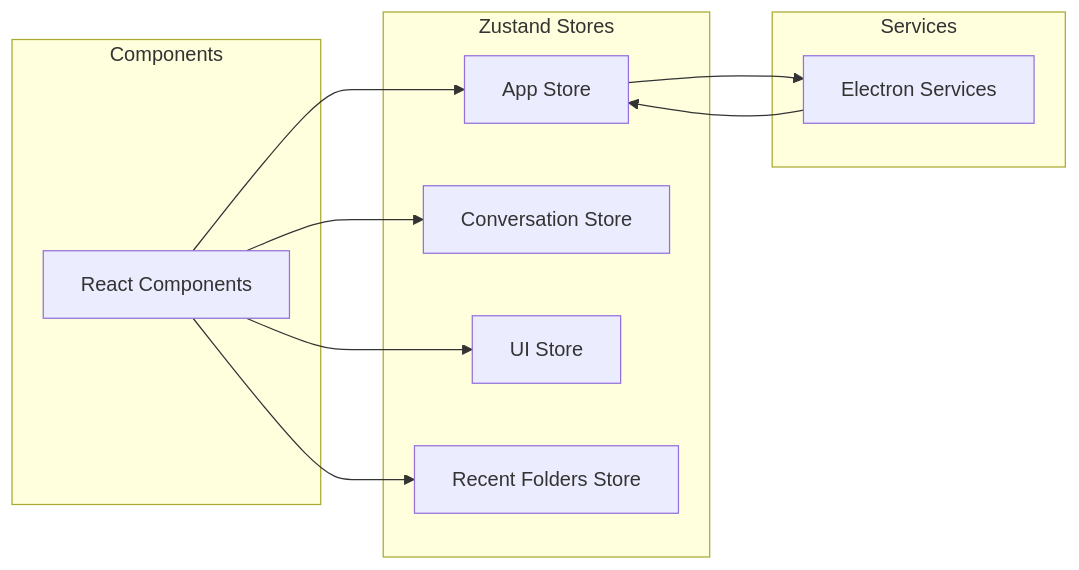
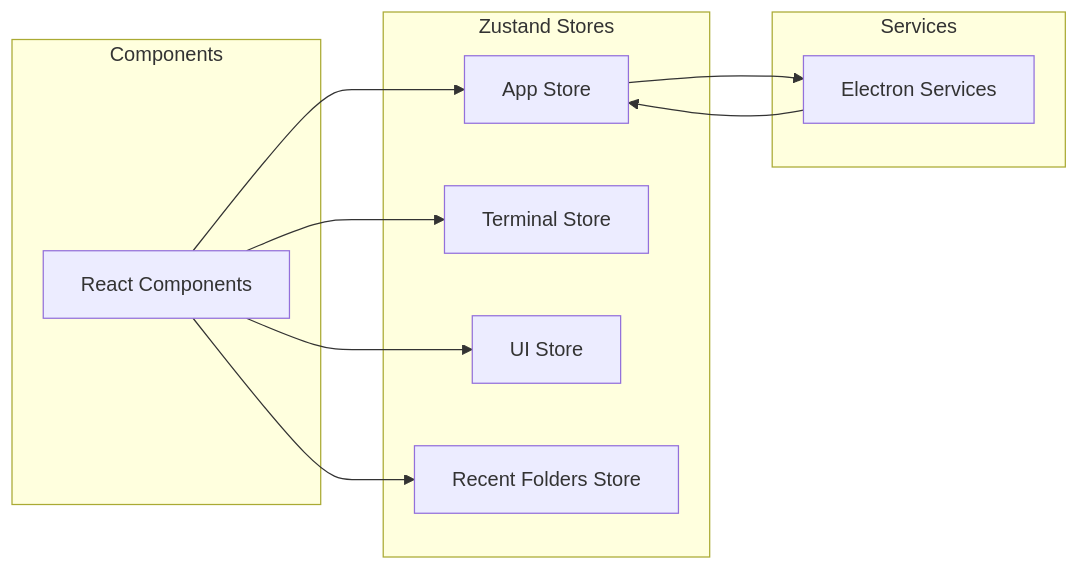
The third of 4 diagrams in docs/architecture.md (keonho-kim/EasyCLIAgent), drawn with Mermaid before and after one commit. The commit also changed other lines of this file and 26 other files, not shown here.

````diff
--- a/docs/architecture.md
+++ b/docs/architecture.md
@@ -135,25 +130,25 @@
 ```mermaid
 graph LR
     subgraph "Zustand Stores"
         APP[App Store]
-        CONV[Conversation Store]
+        TERM[Terminal Store]
         UI[UI Store]
         RECENT[Recent Folders Store]
     end
     
     subgraph "Components"
         COMP[React Components]
     end
     
     subgraph "Services"
         SVC[Electron Services]
     end
     
     COMP --> APP
-    COMP --> CONV
+    COMP --> TERM
     COMP --> UI
     COMP --> RECENT
     
     APP --> SVC
     SVC --> APP
 ```
````
